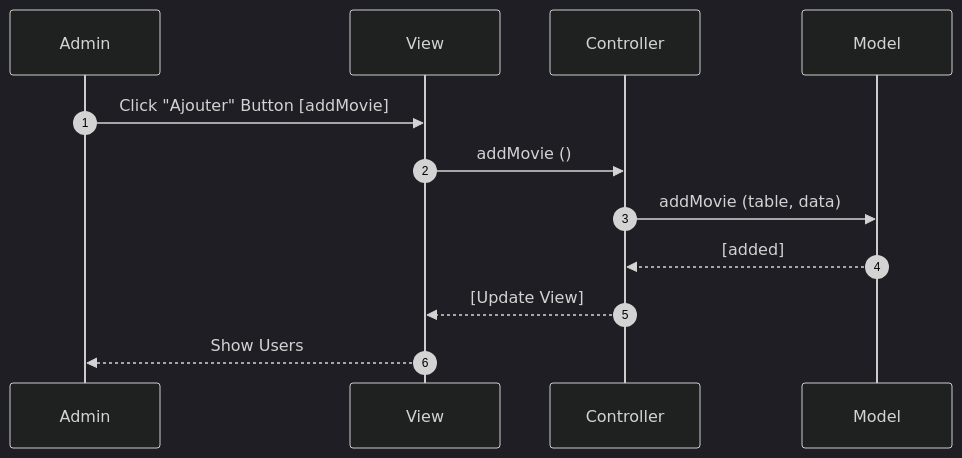
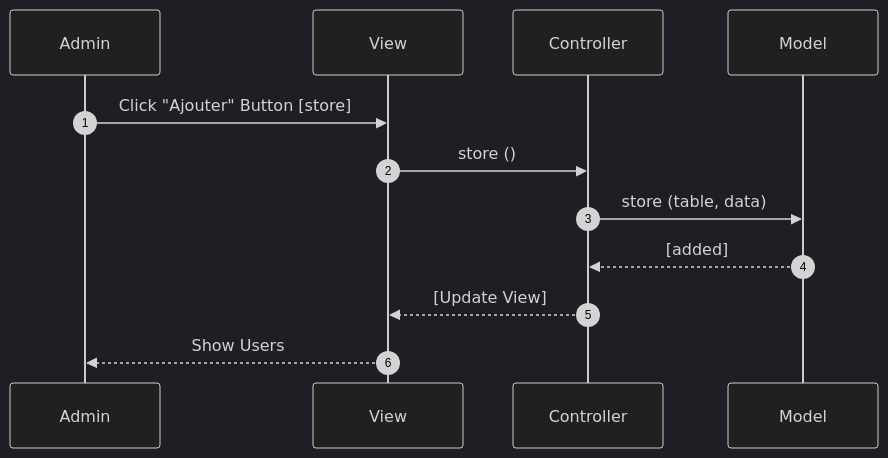
Before and after one commit to juliexcode/sprint-07: the first of 3 diagrams in README.md, drawn with Mermaid (dark theme). The commit also changed other lines of this file, not shown here.

Commit message:
UML Ends

````diff
--- a/README.md
+++ b/README.md
@@ -5,10 +7,10 @@
 ```mermaid
 sequenceDiagram
     autonumber
-    Admin->>View: Click "Ajouter" Button [addMovie] 
-    View->>Controller: addMovie () 
-    Controller->>Model: addMovie (table, data) 
+    Admin->>View: Click "Ajouter" Button [store] 
+    View->>Controller: store () 
+    Controller->>Model: store (table, data) 
     Model-->>Controller: [added] 
     Controller-->>View: [Update View] 
     View-->>Admin: Show Users
 ```
````
